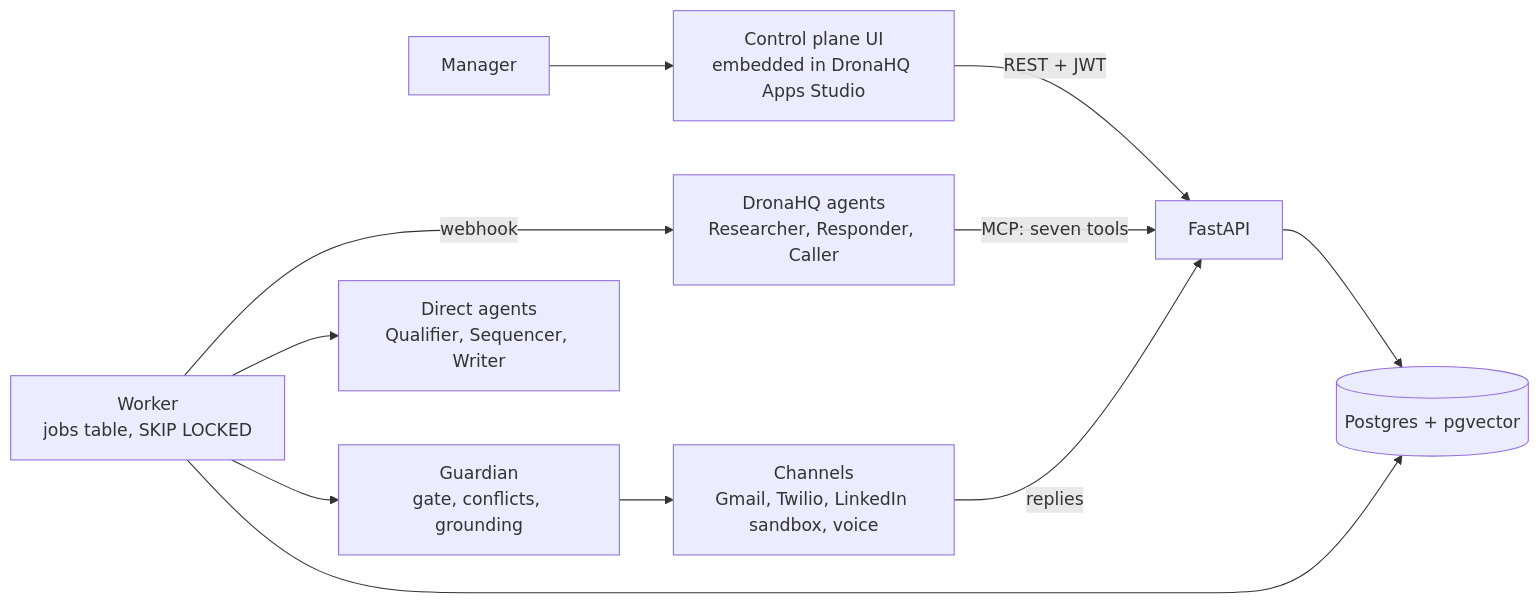
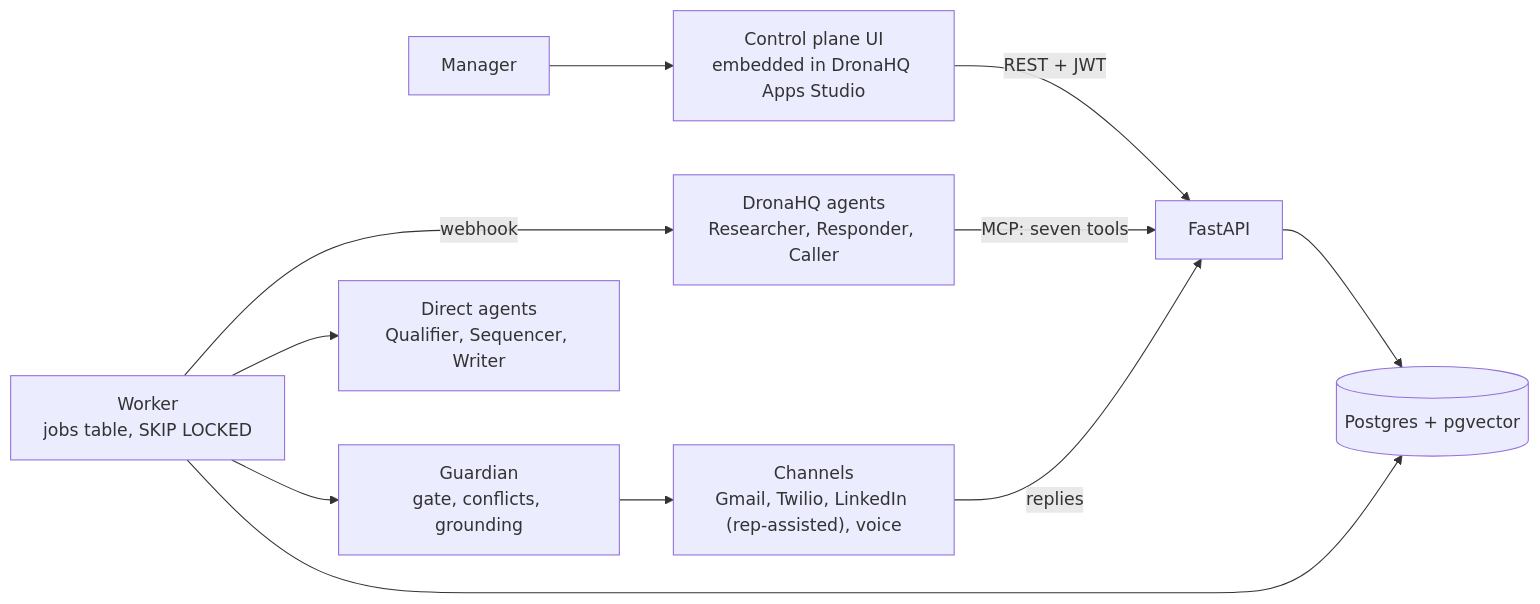
The diagram in docs/report/report.md (kiranG18/Buildathon-2026), drawn with Mermaid before and after one commit. The commit also changed other lines of this file and 13 other files, not shown here.

Commit message:
feat(linkedin): rep-assisted live mode with pasted replies

````diff
--- a/docs/report/report.md
+++ b/docs/report/report.md
@@ -19,13 +19,13 @@
 ```mermaid
 flowchart LR
   M["Manager"] --> UI["Control plane UI<br/>embedded in DronaHQ Apps Studio"]
   UI -->|"REST + JWT"| API["FastAPI"]
   API --> DB[("Postgres + pgvector")]
   W["Worker<br/>jobs table, SKIP LOCKED"] --> DB
   W --> G["Guardian<br/>gate, conflicts, grounding"]
   W --> A["Direct agents<br/>Qualifier, Sequencer, Writer"]
   W -->|"webhook"| D["DronaHQ agents<br/>Researcher, Responder, Caller"]
   D -->|"MCP: seven tools"| API
-  G --> C["Channels<br/>Gmail, Twilio, LinkedIn sandbox, voice"]
+  G --> C["Channels<br/>Gmail, Twilio, LinkedIn (rep-assisted), voice"]
   C -->|"replies"| API
 ```
````
